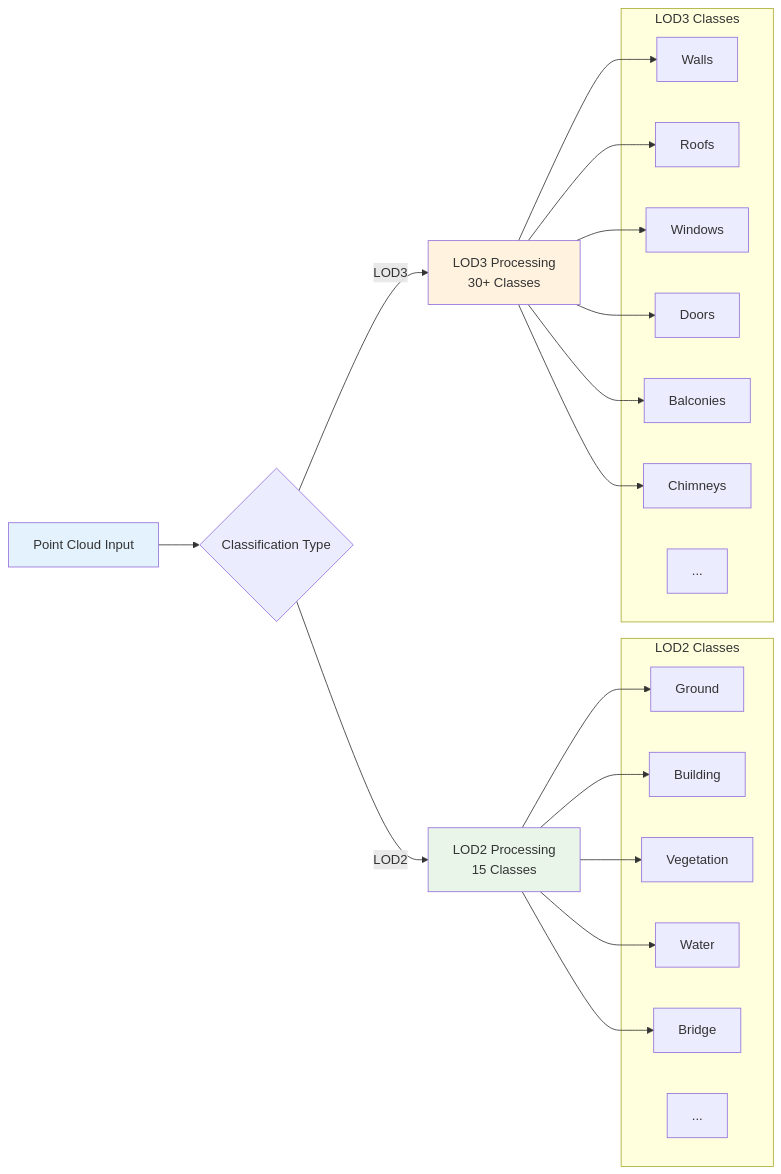
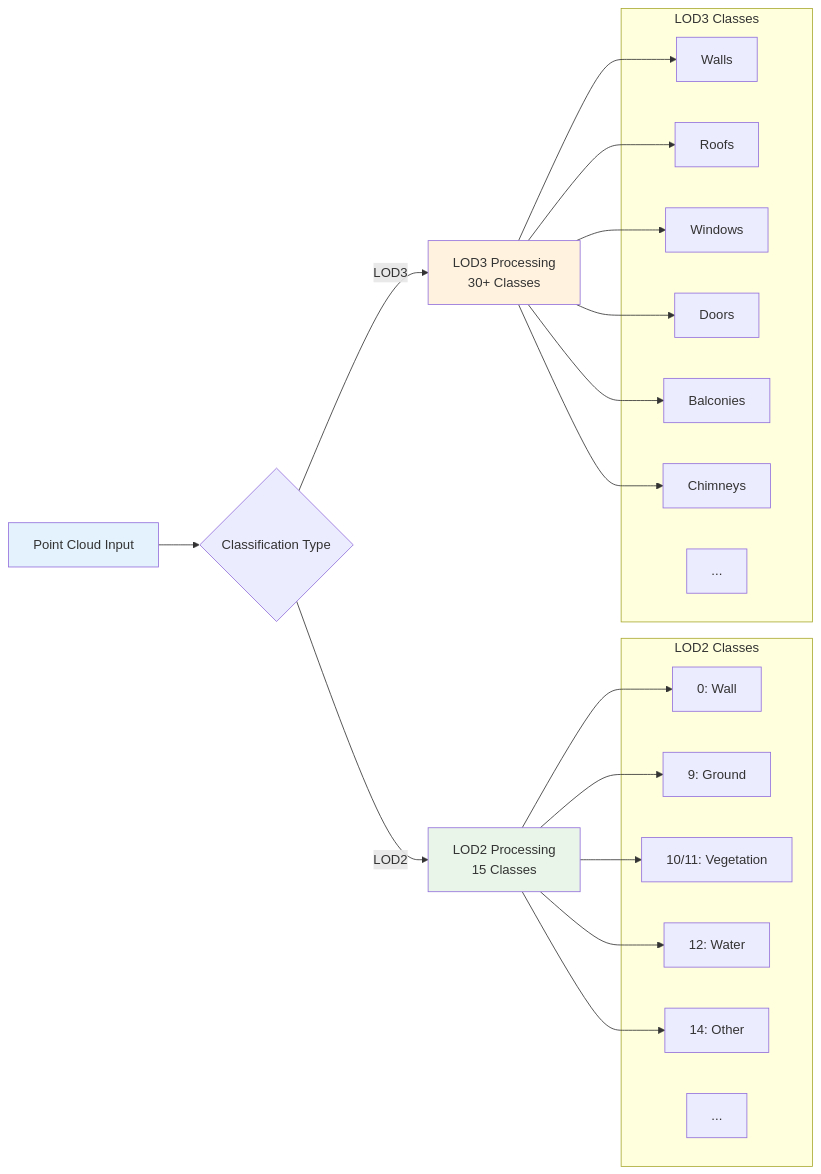
The third of 6 diagrams in docs/docs/workflows.md (sducournau/IGN_LIDAR_HD_DATASET), drawn with Mermaid before and after one commit. The commit also changed other lines of this file and 138 other files, not shown here.

````diff
--- a/docs/docs/workflows.md
+++ b/docs/docs/workflows.md
@@ -207,43 +211,43 @@
 ```mermaid
 flowchart LR
     Input[Point Cloud Input] --> Classify{Classification Type}
 
     Classify -->|LOD2| LOD2_Process[LOD2 Processing<br/>15 Classes]
     Classify -->|LOD3| LOD3_Process[LOD3 Processing<br/>30+ Classes]
 
     subgraph "LOD2 Classes"
-        LOD2_1[Ground]
-        LOD2_2[Building]
-        LOD2_3[Vegetation]
-        LOD2_4[Water]
-        LOD2_5[Bridge]
+        LOD2_1[0: Wall]
+        LOD2_2[9: Ground]
+        LOD2_3[10/11: Vegetation]
+        LOD2_4[12: Water]
+        LOD2_5[14: Other]
         LOD2_More[...]
     end
 
     subgraph "LOD3 Classes"
         LOD3_1[Walls]
         LOD3_2[Roofs]
         LOD3_3[Windows]
         LOD3_4[Doors]
         LOD3_5[Balconies]
         LOD3_6[Chimneys]
         LOD3_More[...]
     end
 
     LOD2_Process --> LOD2_1
     LOD2_Process --> LOD2_2
     LOD2_Process --> LOD2_3
     LOD2_Process --> LOD2_4
     LOD2_Process --> LOD2_5
 
     LOD3_Process --> LOD3_1
     LOD3_Process --> LOD3_2
     LOD3_Process --> LOD3_3
     LOD3_Process --> LOD3_4
     LOD3_Process --> LOD3_5
     LOD3_Process --> LOD3_6
 
     style Input fill:#e3f2fd
     style LOD2_Process fill:#e8f5e8
     style LOD3_Process fill:#fff3e0
 ```
````
